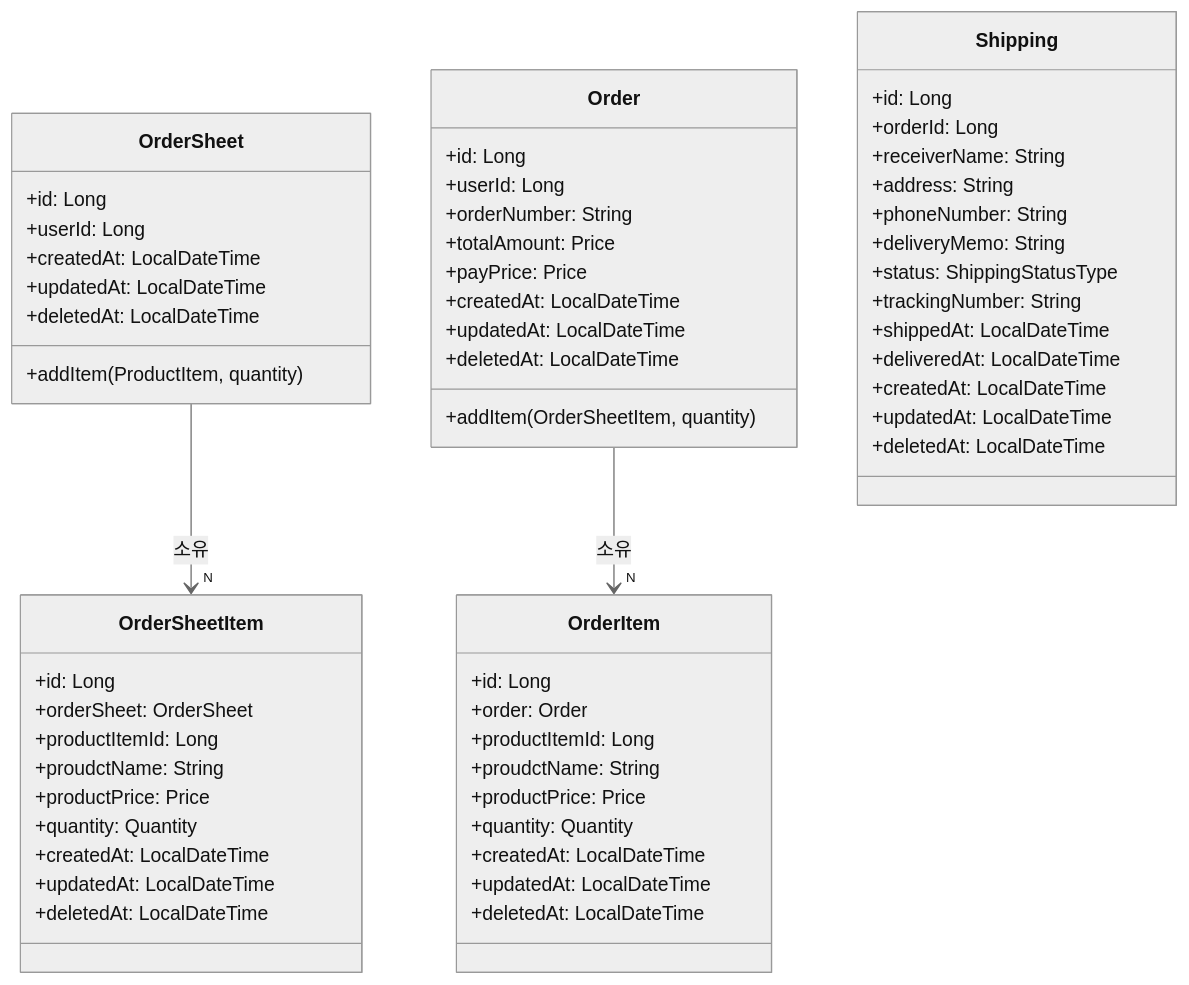
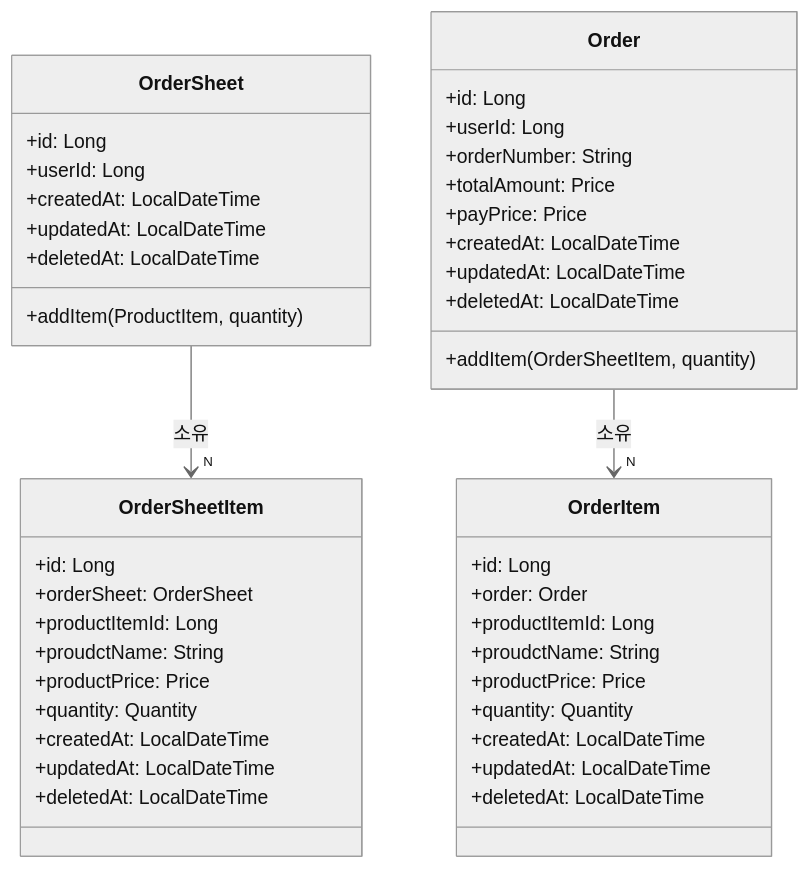
One commit to djawnstj/loopers-ecommerce changed the third of 5 diagrams in docs/design/03-class-diagrams.md. Above: the diagram before and after it, drawn with Mermaid (neutral theme).

Commit message:
docs: classDiagram 배송 도메인 분리

````diff
--- a/docs/design/03-class-diagrams.md
+++ b/docs/design/03-class-diagrams.md
@@ -72,66 +72,50 @@
 ```mermaid
 classDiagram
     class OrderSheet {
         +id: Long
         +userId: Long
         +createdAt: LocalDateTime
         +updatedAt: LocalDateTime
         +deletedAt: LocalDateTime
         +addItem(ProductItem, quantity)
     }
     
     class OrderSheetItem {
         +id: Long
         +orderSheet: OrderSheet
         +productItemId: Long
         +proudctName: String
         +productPrice: Price
         +quantity: Quantity
         +createdAt: LocalDateTime
         +updatedAt: LocalDateTime
         +deletedAt: LocalDateTime
     }
     
     class Order {
         +id: Long
         +userId: Long
         +orderNumber: String
         +totalAmount: Price
         +payPrice: Price
         +createdAt: LocalDateTime
         +updatedAt: LocalDateTime
         +deletedAt: LocalDateTime
         +addItem(OrderSheetItem, quantity)
     }
 
     class OrderItem {
         +id: Long
         +order: Order
         +productItemId: Long
         +proudctName: String
         +productPrice: Price
         +quantity: Quantity
         +createdAt: LocalDateTime
         +updatedAt: LocalDateTime
         +deletedAt: LocalDateTime
     }
-    
-    class Shipping {
-        +id: Long
-        +orderId: Long
-        +receiverName: String
-        +address: String
-        +phoneNumber: String
-        +deliveryMemo: String
-        +status: ShippingStatusType
-        +trackingNumber: String
-        +shippedAt: LocalDateTime
-        +deliveredAt: LocalDateTime
-        +createdAt: LocalDateTime
-        +updatedAt: LocalDateTime
-        +deletedAt: LocalDateTime
-    }
 
     OrderSheet --> "N" OrderSheetItem: 소유
     Order --> "N" OrderItem: 소유
 ```
````
